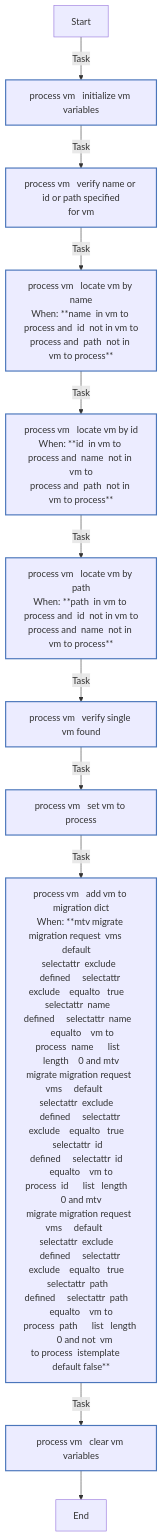
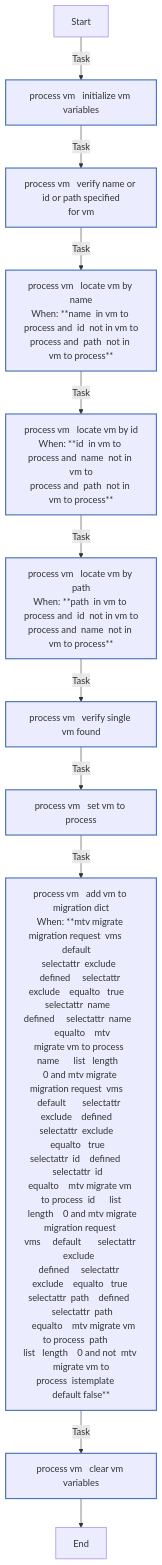
Before and after one commit to stevefulme1/openshift_virtualization_migration: the fifth of 7 diagrams in roles/mtv_migrate/README.md, drawn with Mermaid. The commit also changed other lines of this file and 51 other files, not shown here.

````diff
--- a/roles/mtv_migrate/README.md
+++ b/roles/mtv_migrate/README.md
@@ -453,23 +505,23 @@
 ```mermaid
 flowchart TD
 Start
 classDef block stroke:#3498db,stroke-width:2px;
 classDef task stroke:#4b76bb,stroke-width:2px;
 classDef includeTasks stroke:#16a085,stroke-width:2px;
 classDef importTasks stroke:#34495e,stroke-width:2px;
 classDef includeRole stroke:#2980b9,stroke-width:2px;
 classDef importRole stroke:#699ba7,stroke-width:2px;
 classDef includeVars stroke:#8e44ad,stroke-width:2px;
 classDef rescue stroke:#665352,stroke-width:2px;
 
   Start-->|Task| _process_vm___Initialize_VM_Variables0[ process vm   initialize vm variables]:::task
   _process_vm___Initialize_VM_Variables0-->|Task| _process_vm___Verify_Name_or_ID_or_Path_specified_for_VM1[ process vm   verify name or id or path specified<br>for vm]:::task
   _process_vm___Verify_Name_or_ID_or_Path_specified_for_VM1-->|Task| _process_vm___Locate_VM_by_name2[ process vm   locate vm by name<br>When: **name  in vm to process and  id  not in vm to<br>process and  path  not in vm to process**]:::task
   _process_vm___Locate_VM_by_name2-->|Task| _process_vm___Locate_VM_by_id3[ process vm   locate vm by id<br>When: **id  in vm to process and  name  not in vm to<br>process and  path  not in vm to process**]:::task
   _process_vm___Locate_VM_by_id3-->|Task| _process_vm___Locate_VM_by_path4[ process vm   locate vm by path<br>When: **path  in vm to process and  id  not in vm to<br>process and  name  not in vm to process**]:::task
   _process_vm___Locate_VM_by_path4-->|Task| _process_vm___Verify_single_VM_found5[ process vm   verify single vm found]:::task
   _process_vm___Verify_single_VM_found5-->|Task| _process_vm___Set_VM_to_Process6[ process vm   set vm to process]:::task
-  _process_vm___Set_VM_to_Process6-->|Task| _process_vm___Add_VM_to_Migration_Dict7[ process vm   add vm to migration dict<br>When: **mtv migrate migration request  vms     default    <br>  selectattr  exclude    defined     selectattr <br>exclude    equalto   true    selectattr  name   <br>defined     selectattr  name    equalto    vm to<br>process  name      list   length    0 and mtv<br>migrate migration request  vms     default      <br>selectattr  exclude    defined     selectattr <br>exclude    equalto   true    selectattr  id   <br>defined     selectattr  id    equalto    vm to<br>process  id      list   length    0 and mtv<br>migrate migration request  vms     default      <br>selectattr  exclude    defined     selectattr <br>exclude    equalto   true    selectattr  path   <br>defined     selectattr  path    equalto    vm to<br>process  path      list   length    0 and not  vm<br>to process  istemplate     default false**]:::task
+  _process_vm___Set_VM_to_Process6-->|Task| _process_vm___Add_VM_to_Migration_Dict7[ process vm   add vm to migration dict<br>When: **mtv migrate migration request  vms     default    <br>  selectattr  exclude    defined     selectattr <br>exclude    equalto   true    selectattr  name   <br>defined     selectattr  name    equalto    mtv<br>migrate vm to process  name      list   length   <br>0 and mtv migrate migration request  vms    <br>default       selectattr  exclude    defined    <br>selectattr  exclude    equalto   true   <br>selectattr  id    defined     selectattr  id   <br>equalto    mtv migrate vm to process  id      list<br>  length    0 and mtv migrate migration request <br>vms     default       selectattr  exclude   <br>defined     selectattr  exclude    equalto   true <br>  selectattr  path    defined     selectattr  path<br>   equalto    mtv migrate vm to process  path     <br>list   length    0 and not  mtv migrate vm to<br>process  istemplate     default false**]:::task
   _process_vm___Add_VM_to_Migration_Dict7-->|Task| _process_vm___Clear_VM_Variables8[ process vm   clear vm variables]:::task
   _process_vm___Clear_VM_Variables8-->End
 ```
````
